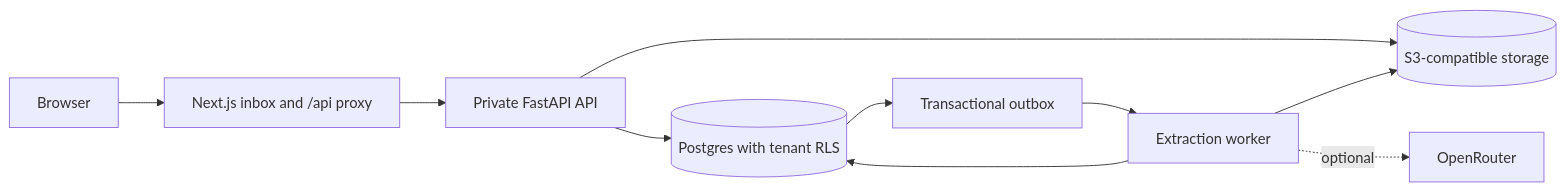
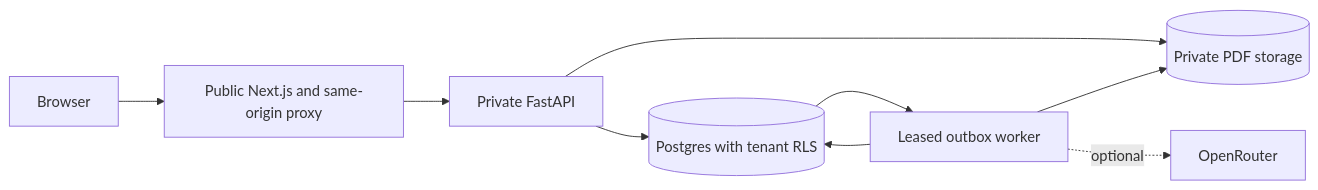
The diagram in README.md (Abhinavsuri90/opspilot), drawn with Mermaid before and after one commit. The commit also changed other lines of this file and 10 other files, not shown here.

Commit message:
docs: document current architecture and Render deployment with measured checks

````diff
--- a/README.md
+++ b/README.md
@@ -18,12 +110,11 @@
 ```mermaid
 flowchart LR
-  B[Browser] --> W[Next.js inbox and /api proxy]
-  W --> A[Private FastAPI API]
-  A --> S[(S3-compatible storage)]
+  B[Browser] --> W[Public Next.js and same-origin proxy]
+  W --> A[Private FastAPI]
   A --> P[(Postgres with tenant RLS)]
-  P --> O[Transactional outbox]
-  O --> X[Extraction worker]
+  A --> S[(Private PDF storage)]
+  P --> X[Leased outbox worker]
   X --> S
   X --> P
-  X -. optional .-> R[OpenRouter]
+  X -. optional .-> O[OpenRouter]
 ```
````
